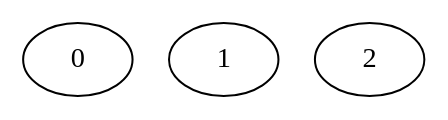
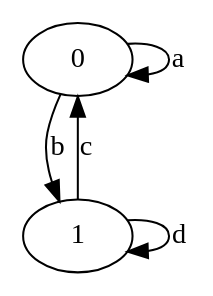
Before and after one commit to alirezahi/Finite-State-Machine: the diagram in test-output/round-table.gv, drawn with Graphviz. The commit also changed 3 other files, not shown here.

```diff
--- a/test-output/round-table.gv
+++ b/test-output/round-table.gv
@@ -1,6 +1,9 @@
 // The Round Table
 digraph {
 	0 [label=0]
+		0 -> 0 [label=a]
+		0 -> 1 [label=b]
 	1 [label=1]
-	2 [label=2]
+		1 -> 0 [label=c]
+		1 -> 1 [label=d]
 }
```
